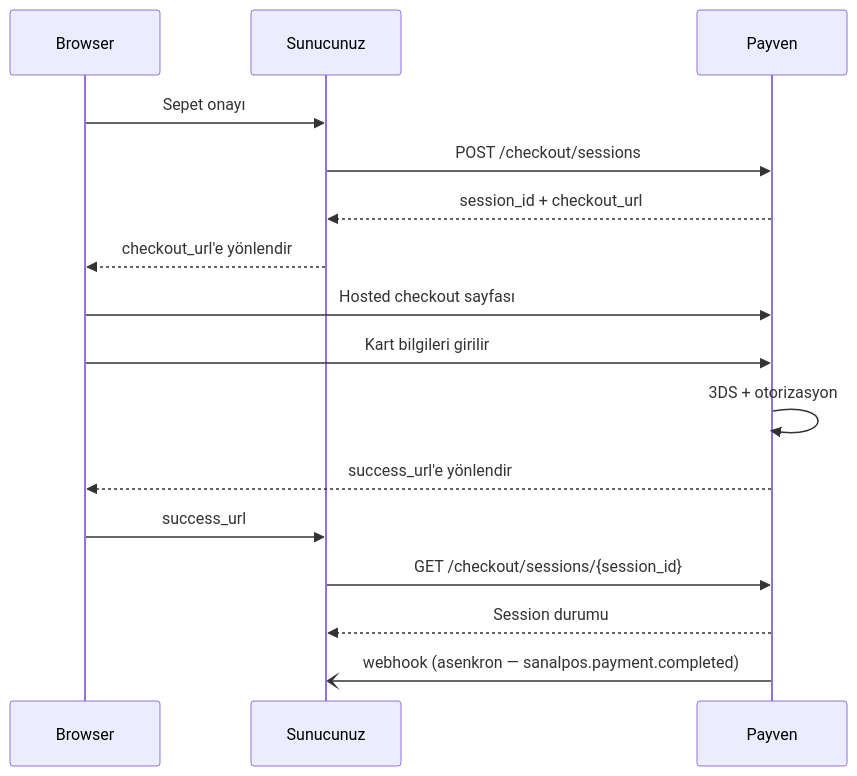
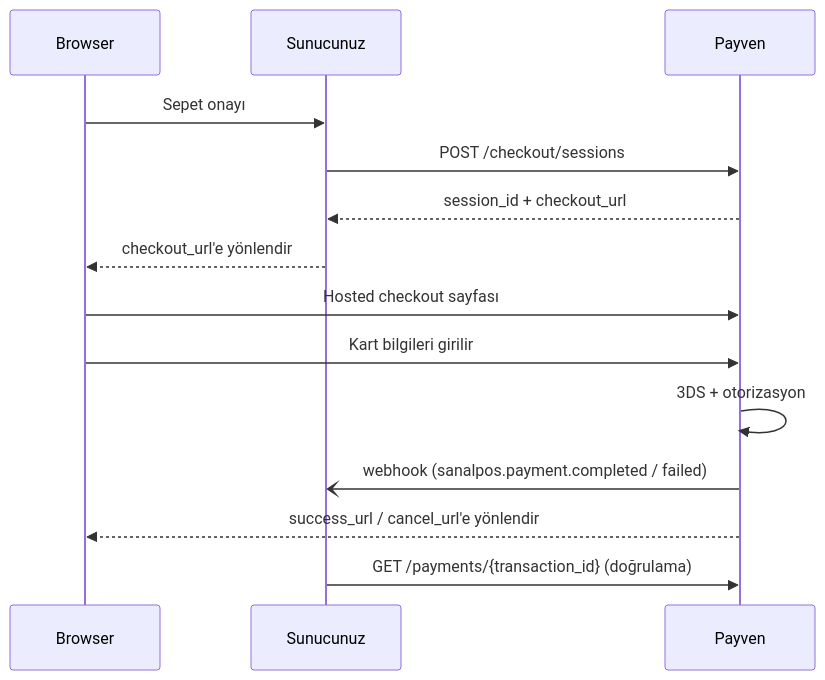
The diagram in sanal-pos/payments/hosted-checkout.mdx (payment-pos/mintlify), drawn with Mermaid before and after one commit. The commit also changed other lines of this file and 135 other files, not shown here.

````diff
--- a/sanal-pos/payments/hosted-checkout.mdx
+++ b/sanal-pos/payments/hosted-checkout.mdx
@@ -19,19 +19,17 @@
 ```mermaid
 sequenceDiagram
     participant Browser
     participant App as Sunucunuz
     participant Payven
 
     Browser->>App: Sepet onayı
     App->>Payven: POST /checkout/sessions
     Payven-->>App: session_id + checkout_url
     App-->>Browser: checkout_url'e yönlendir
     Browser->>Payven: Hosted checkout sayfası
     Browser->>Payven: Kart bilgileri girilir
     Payven->>Payven: 3DS + otorizasyon
-    Payven-->>Browser: success_url'e yönlendir
-    Browser->>App: success_url
-    App->>Payven: GET /checkout/sessions/{session_id}
-    Payven-->>App: Session durumu
-    Payven-)App: webhook (asenkron — sanalpos.payment.completed)
+    Payven-)App: webhook (sanalpos.payment.completed / failed)
+    Payven-->>Browser: success_url / cancel_url'e yönlendir
+    App->>Payven: GET /payments/{transaction_id} (doğrulama)
 ```
````
